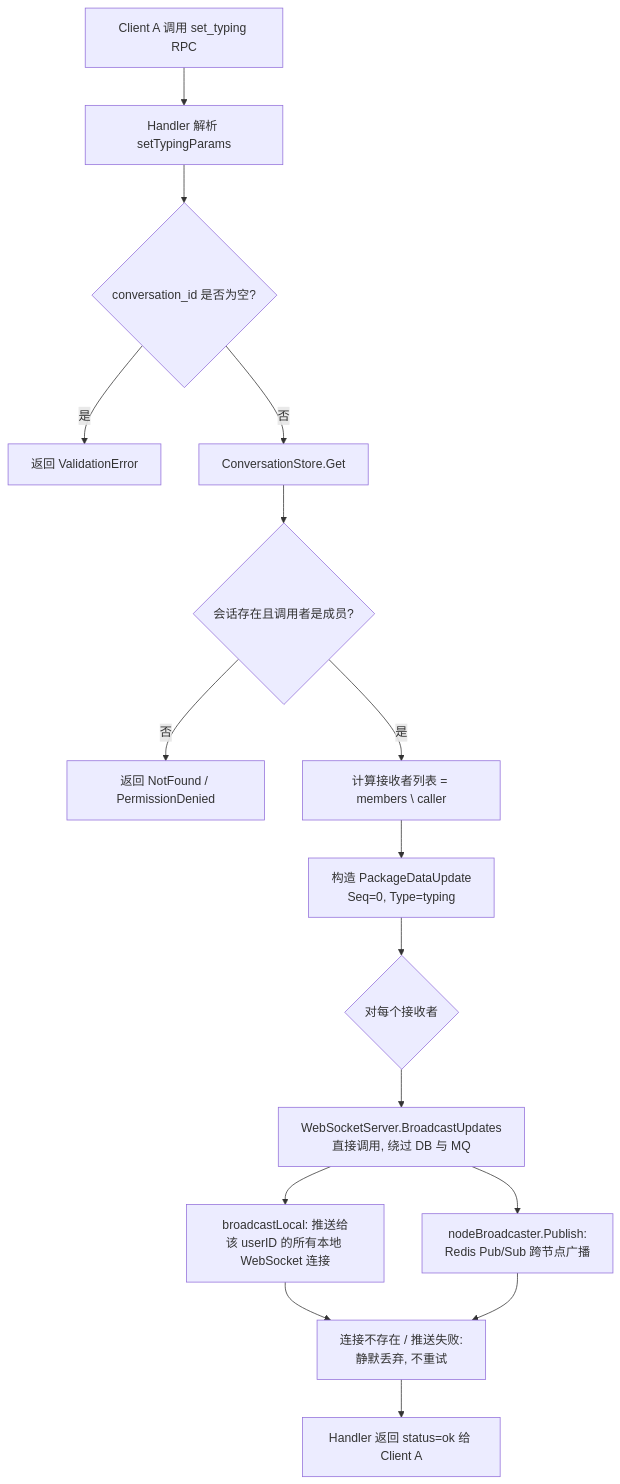
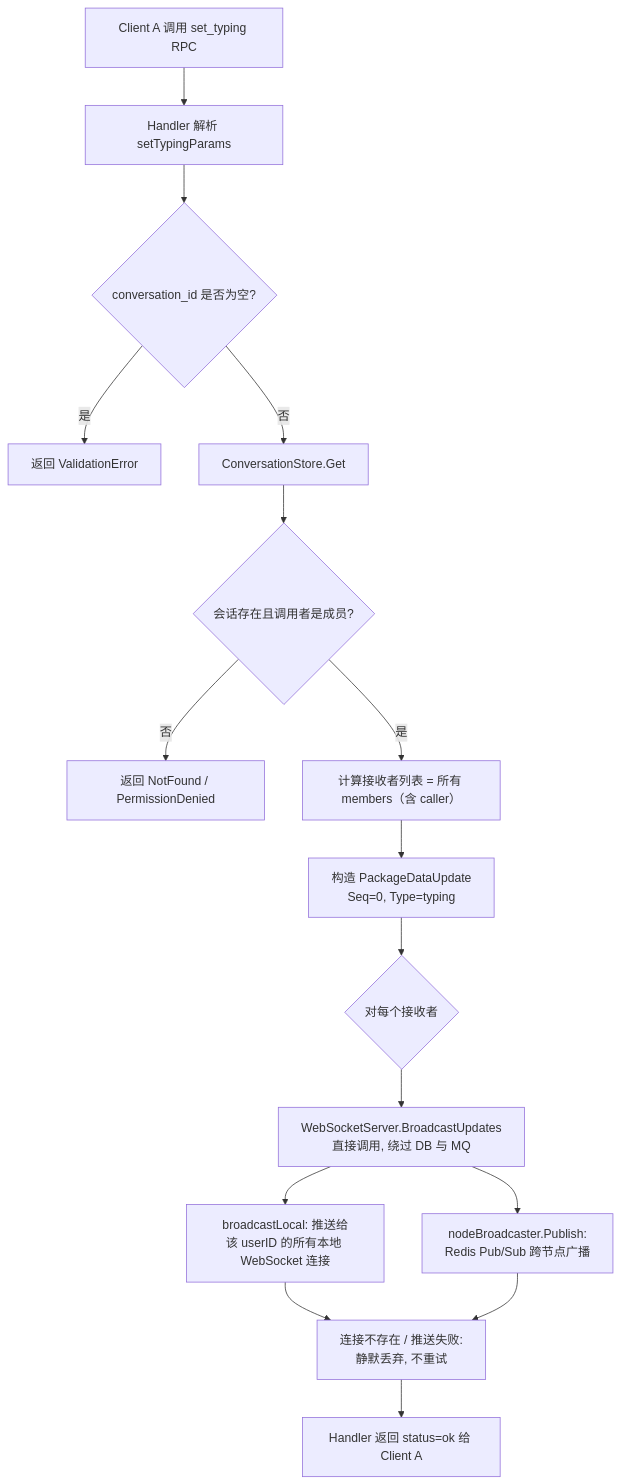
Before and after one commit to PineappleBond/xyncra-server: the first of 4 diagrams in docs/DESIGN_TYPING_EPHEMERAL_PUSH.md, drawn with Mermaid. The commit also changed other lines of this file and 18 other files, not shown here.

````diff
--- a/docs/DESIGN_TYPING_EPHEMERAL_PUSH.md
+++ b/docs/DESIGN_TYPING_EPHEMERAL_PUSH.md
@@ -233,18 +233,18 @@
 ```mermaid
 flowchart TD
     A[Client A 调用 set_typing RPC] --> B[Handler 解析 setTypingParams]
     B --> C{conversation_id 是否为空?}
     C -- 是 --> D[返回 ValidationError]
     C -- 否 --> E[ConversationStore.Get]
     E --> F{会话存在且调用者是成员?}
     F -- 否 --> G[返回 NotFound / PermissionDenied]
-    F -- 是 --> H[计算接收者列表 = members \ caller]
+    F -- 是 --> H[计算接收者列表 = 所有 members（含 caller）]
     H --> I[构造 PackageDataUpdate<br/>Seq=0, Type=typing]
     I --> J{对每个接收者}
     J --> K[WebSocketServer.BroadcastUpdates<br/>直接调用, 绕过 DB 与 MQ]
     K --> L[broadcastLocal: 推送给<br/>该 userID 的所有本地 WebSocket 连接]
     K --> M[nodeBroadcaster.Publish:<br/>Redis Pub/Sub 跨节点广播]
     L --> N[连接不存在 / 推送失败:<br/>静默丢弃, 不重试]
     M --> N
     N --> O[Handler 返回 status=ok 给 Client A]
 ```
````
